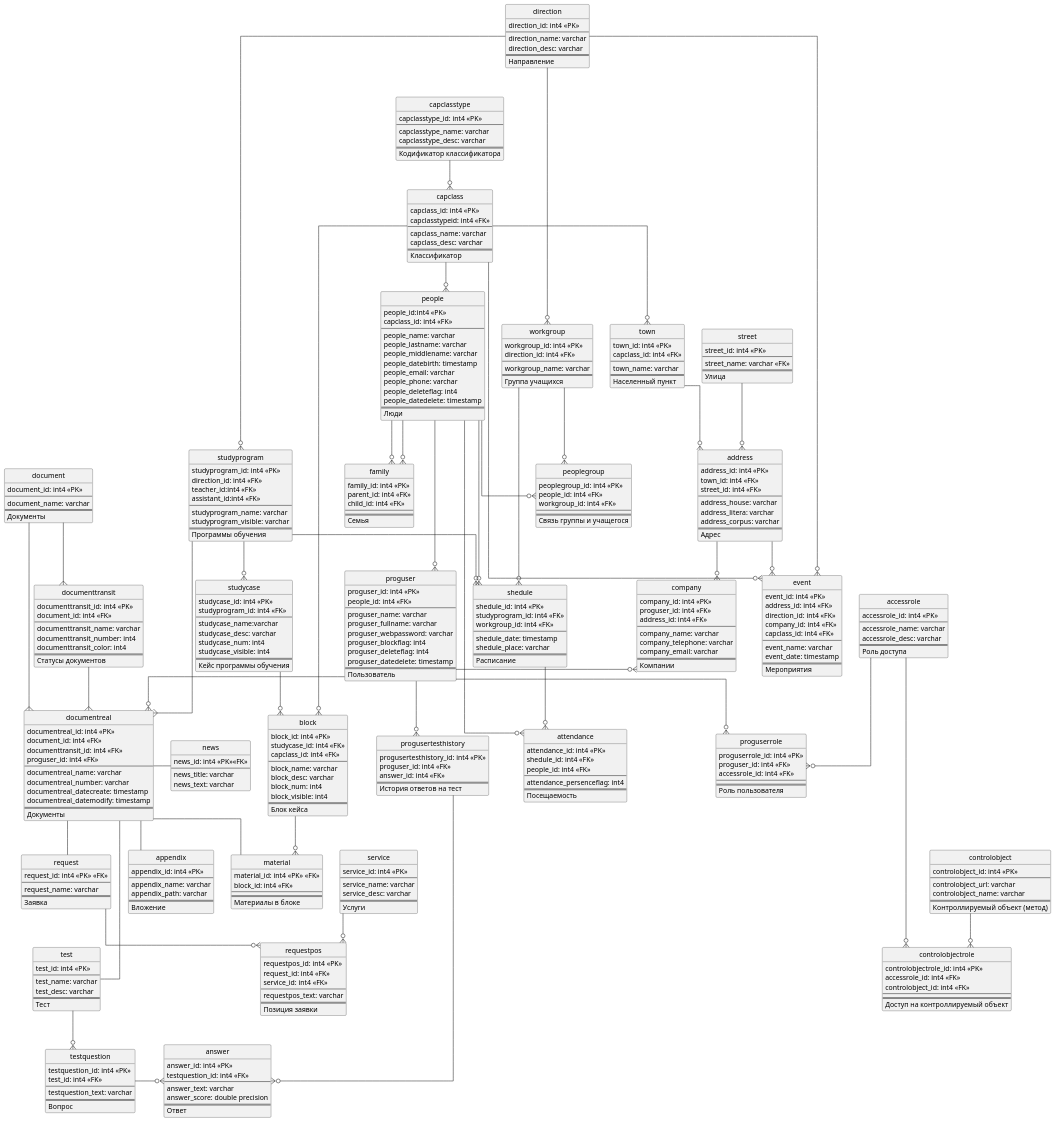
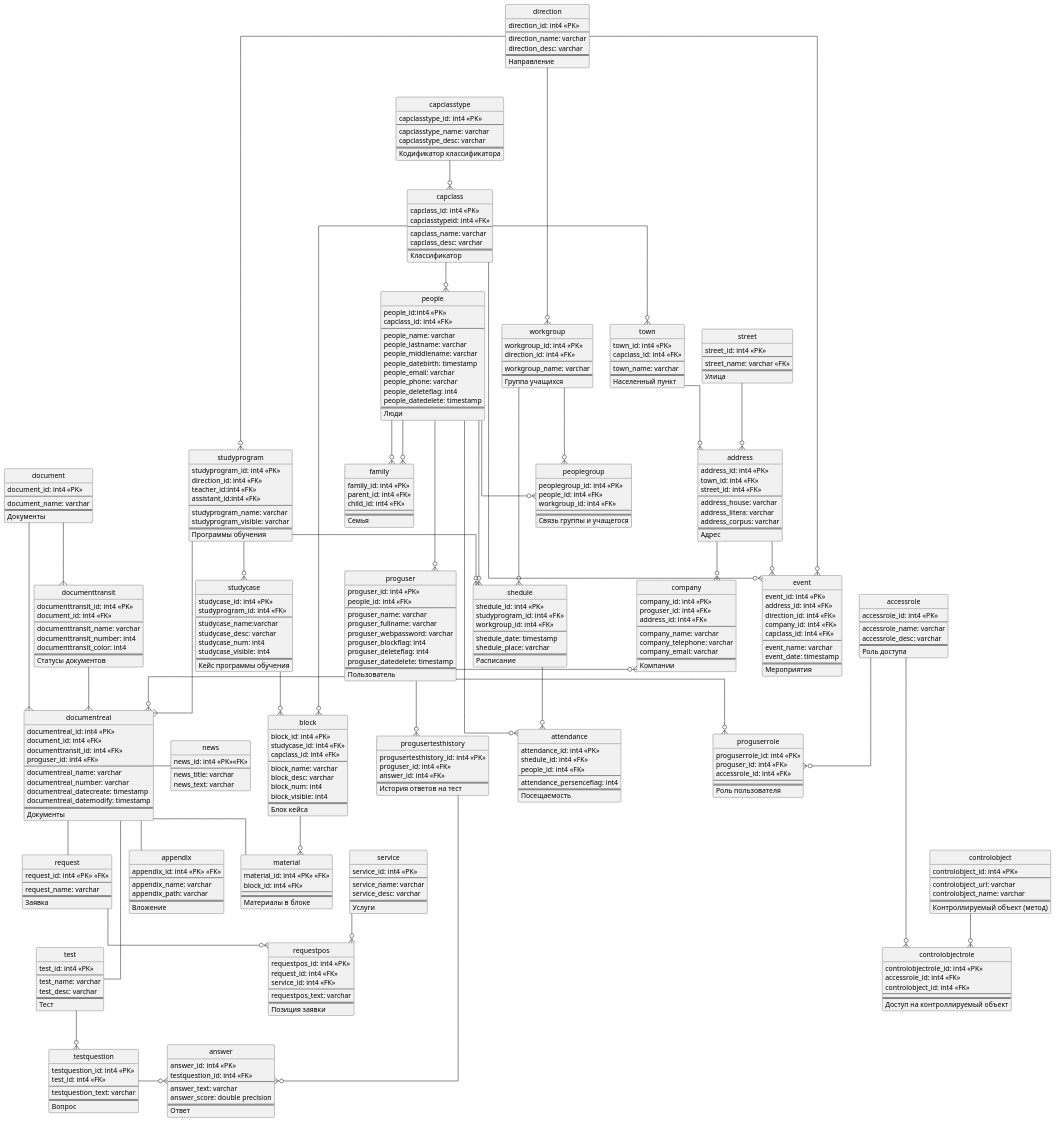
One commit to Skeletoshka/spring-core-backend changed the diagram in docs/er-diagram.puml. Above: the diagram before and after it, drawn with PlantUML.

```diff
--- a/docs/er-diagram.puml
+++ b/docs/er-diagram.puml
@@ -95,7 +95,7 @@
     Блок кейса
 }
 entity appendix{
-    appendix_id: int4 <<PK>>
+    appendix_id: int4 <<PK>> <<FK>>
     --
     appendix_name: varchar
     appendix_path: varchar
```
